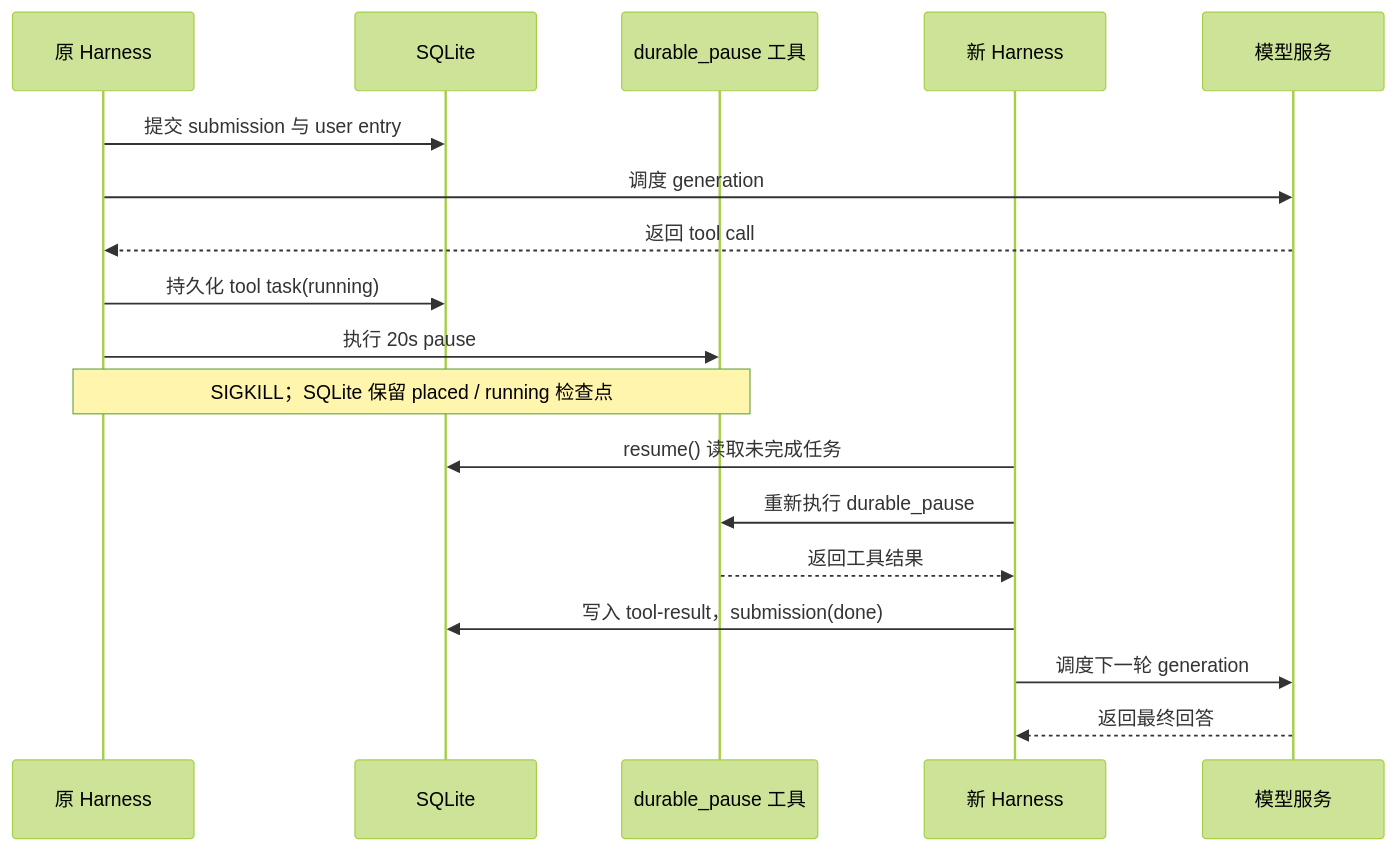
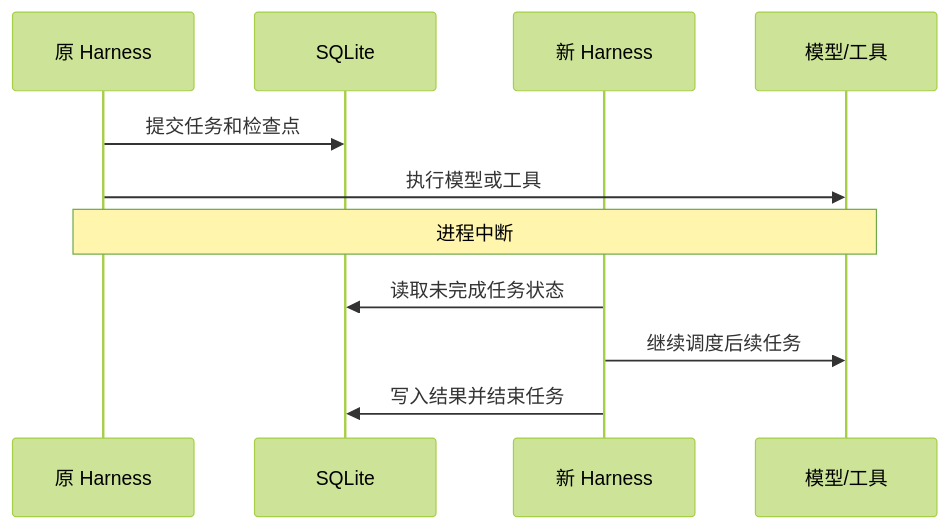
The second of 3 diagrams in _posts/2026-10-31-pi-durable-task-recovery.md (huruizhi/huruizhi.github.io), drawn with Mermaid (forest theme) before and after one commit. The commit also changed other lines of this file, not shown here.

Commit message:
docs(post): sync Pi Durable recovery article with WeChat source

````diff
--- a/_posts/2026-10-31-pi-durable-task-recovery.md
+++ b/_posts/2026-10-31-pi-durable-task-recovery.md
@@ -124,21 +99,14 @@
 ```mermaid
 sequenceDiagram
-    participant H1 as 原 Harness
+    participant Old as 原 Harness
     participant DB as SQLite
-    participant Tool as durable_pause 工具
-    participant H2 as 新 Harness
-    participant Model as 模型服务
+    participant New as 新 Harness
+    participant Work as 模型/工具
 
-    H1->>DB: 提交 submission 与 user entry
-    H1->>Model: 调度 generation
-    Model-->>H1: 返回 tool call
-    H1->>DB: 持久化 tool task(running)
-    H1->>Tool: 执行 20s pause
-    Note over H1,Tool: SIGKILL；SQLite 保留 placed / running 检查点
-    H2->>DB: resume() 读取未完成任务
-    H2->>Tool: 重新执行 durable_pause
-    Tool-->>H2: 返回工具结果
-    H2->>DB: 写入 tool-result，submission(done)
-    H2->>Model: 调度下一轮 generation
-    Model-->>H2: 返回最终回答
+    Old->>DB: 提交任务和检查点
+    Old->>Work: 执行模型或工具
+    Note over Old,Work: 进程中断
+    New->>DB: 读取未完成任务状态
+    New->>Work: 继续调度后续任务
+    New->>DB: 写入结果并结束任务
 ```
````
